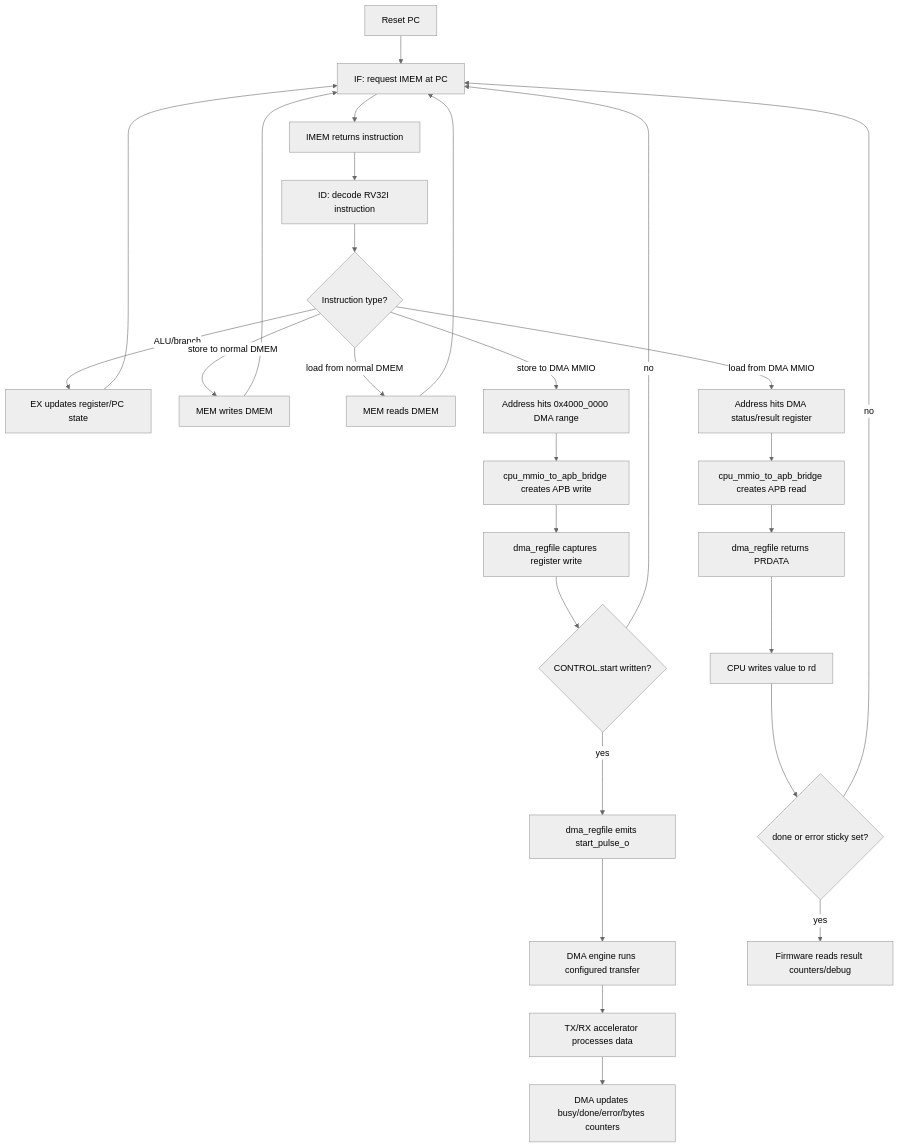
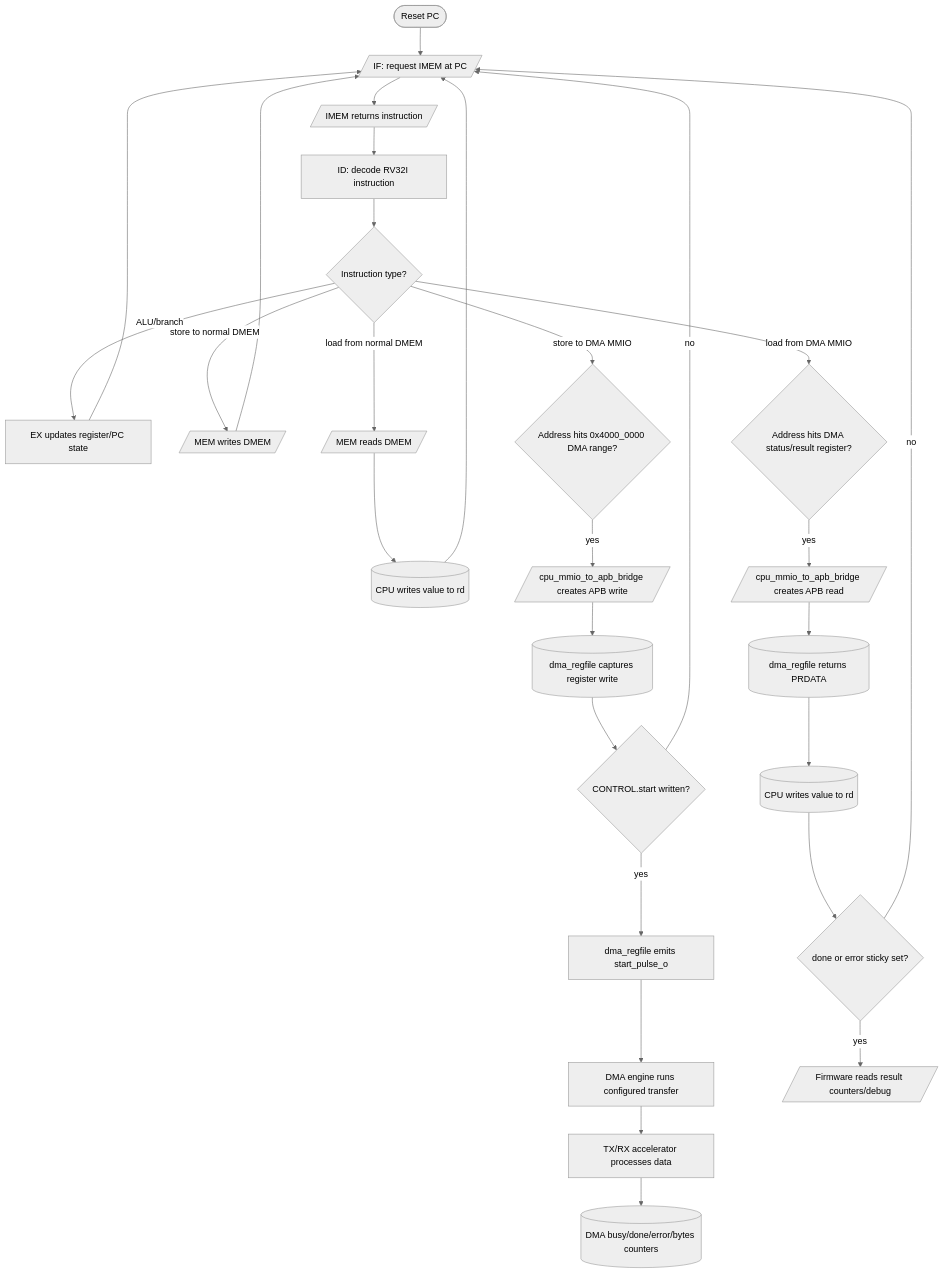
Before and after one commit to ngoquocan139/AES_huffman_all6: the sixth of 7 diagrams in docs/huffman_aes_riscv_flowchart_spec.md, drawn with Mermaid (neutral theme). The commit also changed other lines of this file and 28 other files, not shown here.

````diff
--- a/docs/huffman_aes_riscv_flowchart_spec.md
+++ b/docs/huffman_aes_riscv_flowchart_spec.md
@@ -247,35 +272,36 @@
 ```mermaid
 flowchart TD
-    A["Reset PC"] --> B["IF: request IMEM at PC"]
-    B --> C["IMEM returns instruction"]
+    A(["Reset PC"]) --> B[/"IF: request IMEM at PC"/]
+    B --> C[/"IMEM returns instruction"/]
     C --> D["ID: decode RV32I instruction"]
     D --> E{"Instruction type?"}
 
     E -->|"ALU/branch"| F["EX updates register/PC state"]
     F --> B
 
-    E -->|"store to normal DMEM"| G["MEM writes DMEM"]
+    E -->|"store to normal DMEM"| G[/"MEM writes DMEM"/]
     G --> B
 
-    E -->|"load from normal DMEM"| H["MEM reads DMEM"]
-    H --> B
+    E -->|"load from normal DMEM"| H[/"MEM reads DMEM"/]
+    H --> I[("CPU writes value to rd")]
+    I --> B
 
-    E -->|"store to DMA MMIO"| I["Address hits 0x4000_0000 DMA range"]
-    I --> J["cpu_mmio_to_apb_bridge creates APB write"]
-    J --> K["dma_regfile captures register write"]
-    K --> L{"CONTROL.start written?"}
-    L -->|"no"| B
-    L -->|"yes"| M["dma_regfile emits start_pulse_o"]
+    E -->|"store to DMA MMIO"| J{"Address hits 0x4000_0000 DMA range?"}
+    J -->|"yes"| K[/"cpu_mmio_to_apb_bridge creates APB write"/]
+    K --> L[("dma_regfile captures register write")]
+    L --> M{"CONTROL.start written?"}
+    M -->|"no"| B
+    M -->|"yes"| N["dma_regfile emits start_pulse_o"]
 
-    M --> N["DMA engine runs configured transfer"]
-    N --> O["TX/RX accelerator processes data"]
-    O --> P["DMA updates busy/done/error/bytes counters"]
+    N --> O["DMA engine runs configured transfer"]
+    O --> P["TX/RX accelerator processes data"]
+    P --> Q[("DMA busy/done/error/bytes counters")]
 
-    E -->|"load from DMA MMIO"| Q["Address hits DMA status/result register"]
-    Q --> R["cpu_mmio_to_apb_bridge creates APB read"]
-    R --> S["dma_regfile returns PRDATA"]
-    S --> T["CPU writes value to rd"]
-    T --> U{"done or error sticky set?"}
-    U -->|"no"| B
-    U -->|"yes"| V["Firmware reads result counters/debug"]
+    E -->|"load from DMA MMIO"| R{"Address hits DMA status/result register?"}
+    R -->|"yes"| S[/"cpu_mmio_to_apb_bridge creates APB read"/]
+    S --> T[("dma_regfile returns PRDATA")]
+    T --> U[("CPU writes value to rd")]
+    U --> V{"done or error sticky set?"}
+    V -->|"no"| B
+    V -->|"yes"| W[/"Firmware reads result counters/debug"/]
 ```
````
